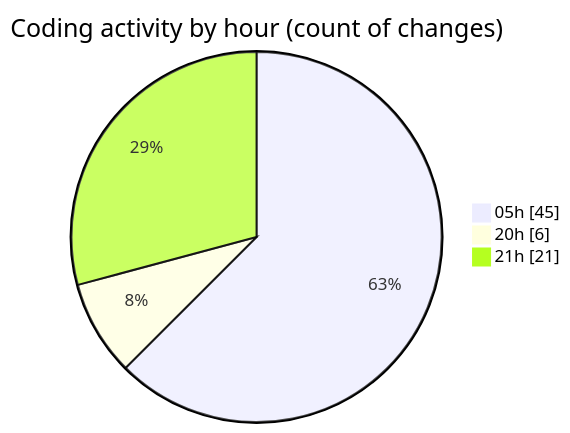
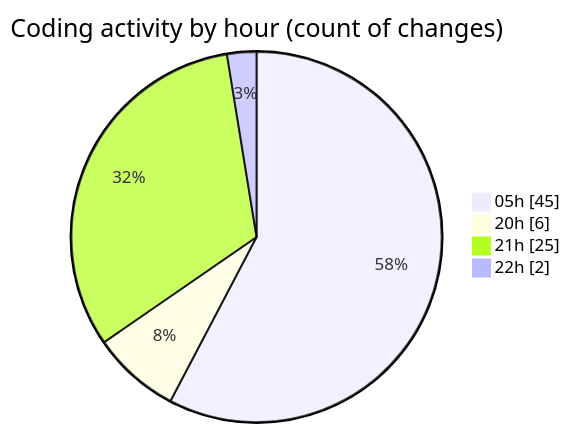
Before and after one commit to lephambinh05/code-tracking: the second of 2 diagrams in 2025-08-05/napxuvn/README.md, drawn with Mermaid. The commit also changed other lines of this file and 1 other file, not shown here.

````diff
--- a/2025-08-05/napxuvn/README.md
+++ b/2025-08-05/napxuvn/README.md
@@ -69,7 +72,8 @@
 ```mermaid
 pie showData
 title Coding activity by hour (count of changes)
 "05h" : 45
 "20h" : 6
-"21h" : 21
+"21h" : 25
+"22h" : 2
 ```
````
